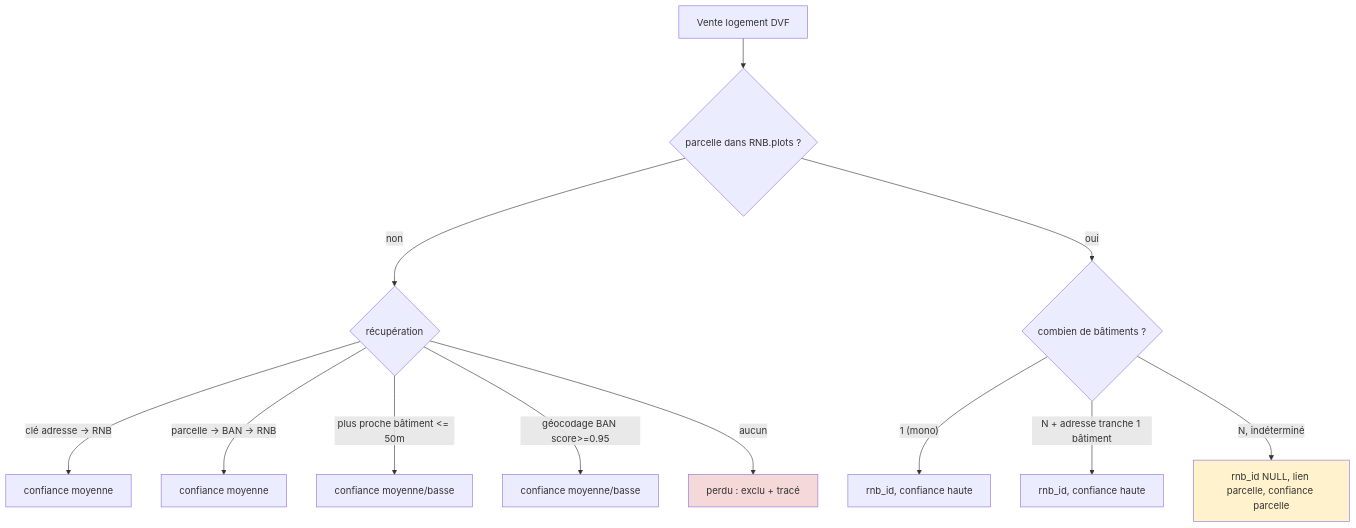
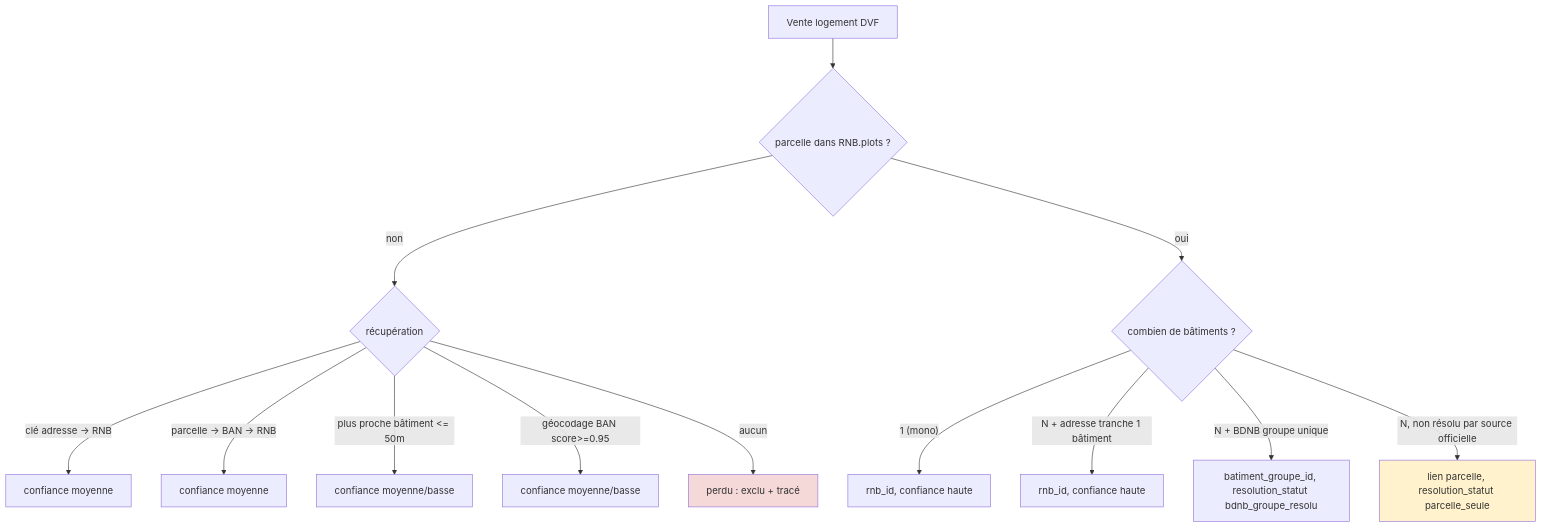
The second of 2 diagrams in docs/PIPELINE.md (WildBenji/primmobilier), drawn with Mermaid before and after one commit. The commit also changed other lines of this file and 8 other files, not shown here.

````diff
--- a/docs/PIPELINE.md
+++ b/docs/PIPELINE.md
@@ -97,19 +120,20 @@
 ```mermaid
 flowchart TD
     V[Vente logement DVF] --> Q{parcelle dans RNB.plots ?}
 
     Q -- non --> R{récupération}
     R -- "clé adresse -> RNB" --> RA[confiance moyenne]
     R -- "parcelle -> BAN -> RNB" --> RB[confiance moyenne]
     R -- "plus proche bâtiment <= 50m" --> RC[confiance moyenne/basse]
     R -- "géocodage BAN score>=0.95" --> RG[confiance moyenne/basse]
     R -- "aucun" --> PERTE[perdu : exclu + tracé]
 
     Q -- oui --> M{combien de bâtiments ?}
     M -- "1 (mono)" --> H1[rnb_id, confiance haute]
     M -- "N + adresse tranche 1 bâtiment" --> H2[rnb_id, confiance haute]
-    M -- "N, indéterminé" --> P[rnb_id NULL, lien parcelle, confiance parcelle]
+    M -- "N + BDNB groupe unique" --> BG[batiment_groupe_id, resolution_statut bdnb_groupe_resolu]
+    M -- "N, non résolu par source officielle" --> P[lien parcelle, resolution_statut parcelle_seule]
 
     style PERTE fill:#f5d8d8
     style P fill:#fff2cc
 ```
````
